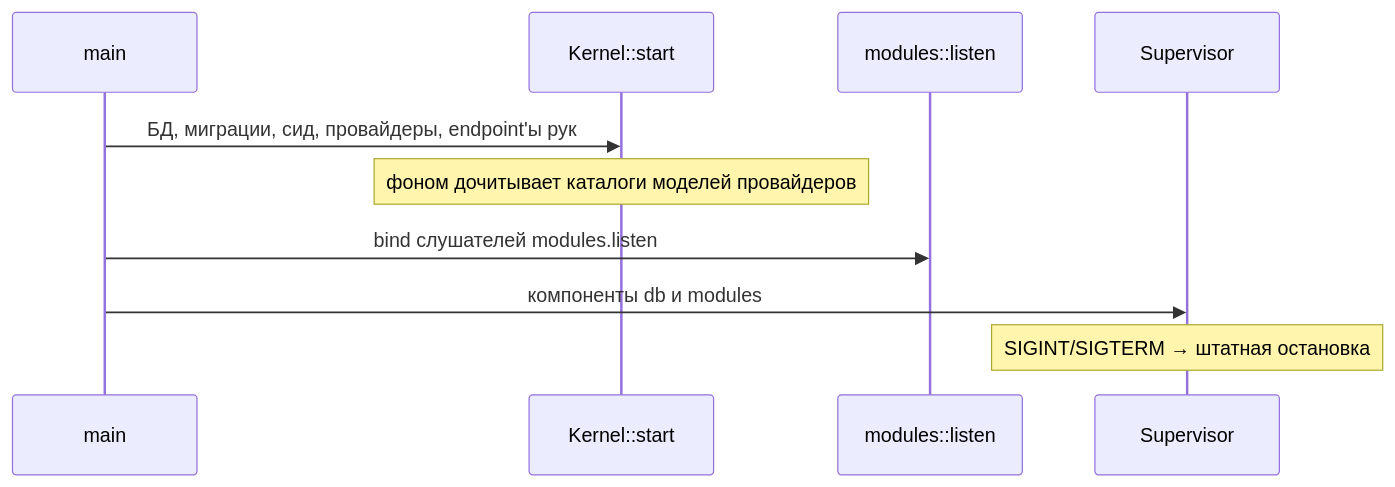
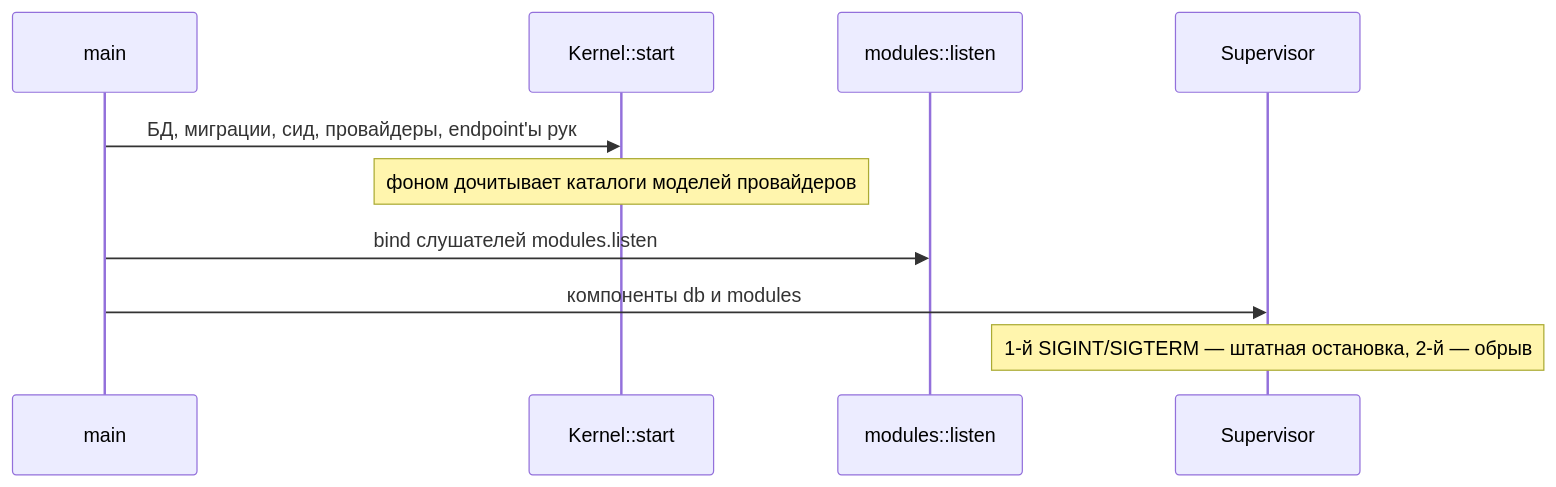
Before and after one commit to eva-rs/kernel: the third of 3 diagrams in docs/src/architecture.md, drawn with Mermaid. The commit also changed other lines of this file and 13 other files, not shown here.

````diff
--- a/docs/src/architecture.md
+++ b/docs/src/architecture.md
@@ -150,12 +154,12 @@
 ```mermaid
 sequenceDiagram
   participant Main as main
   participant K as Kernel::start
   participant L as modules::listen
   participant Sup as Supervisor
   Main->>K: БД, миграции, сид, провайдеры, endpoint'ы рук
   Note over K: фоном дочитывает каталоги моделей провайдеров
   Main->>L: bind слушателей modules.listen
   Main->>Sup: компоненты db и modules
-  Note over Sup: SIGINT/SIGTERM → штатная остановка
+  Note over Sup: 1-й SIGINT/SIGTERM — штатная остановка, 2-й — обрыв
 ```
````
